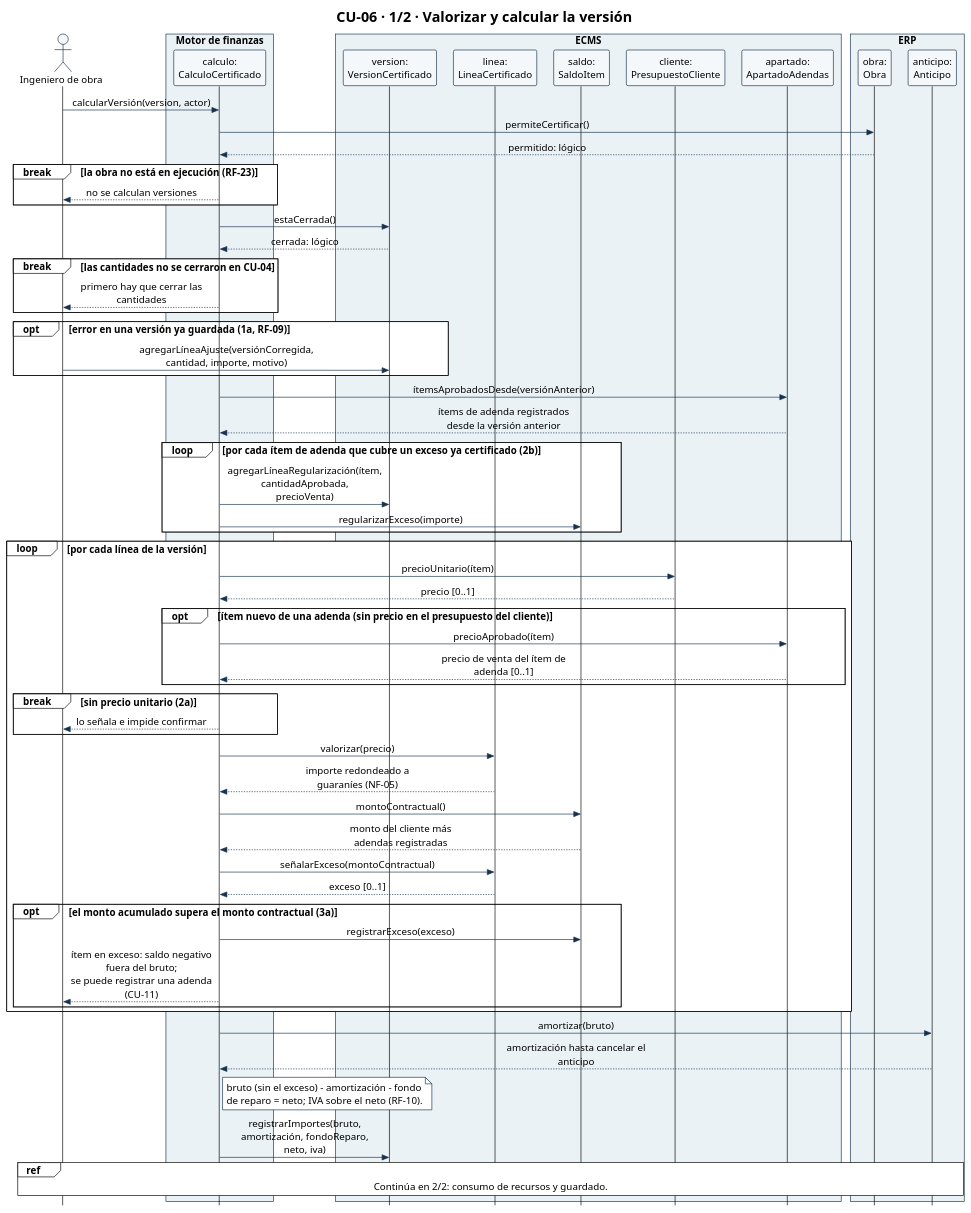
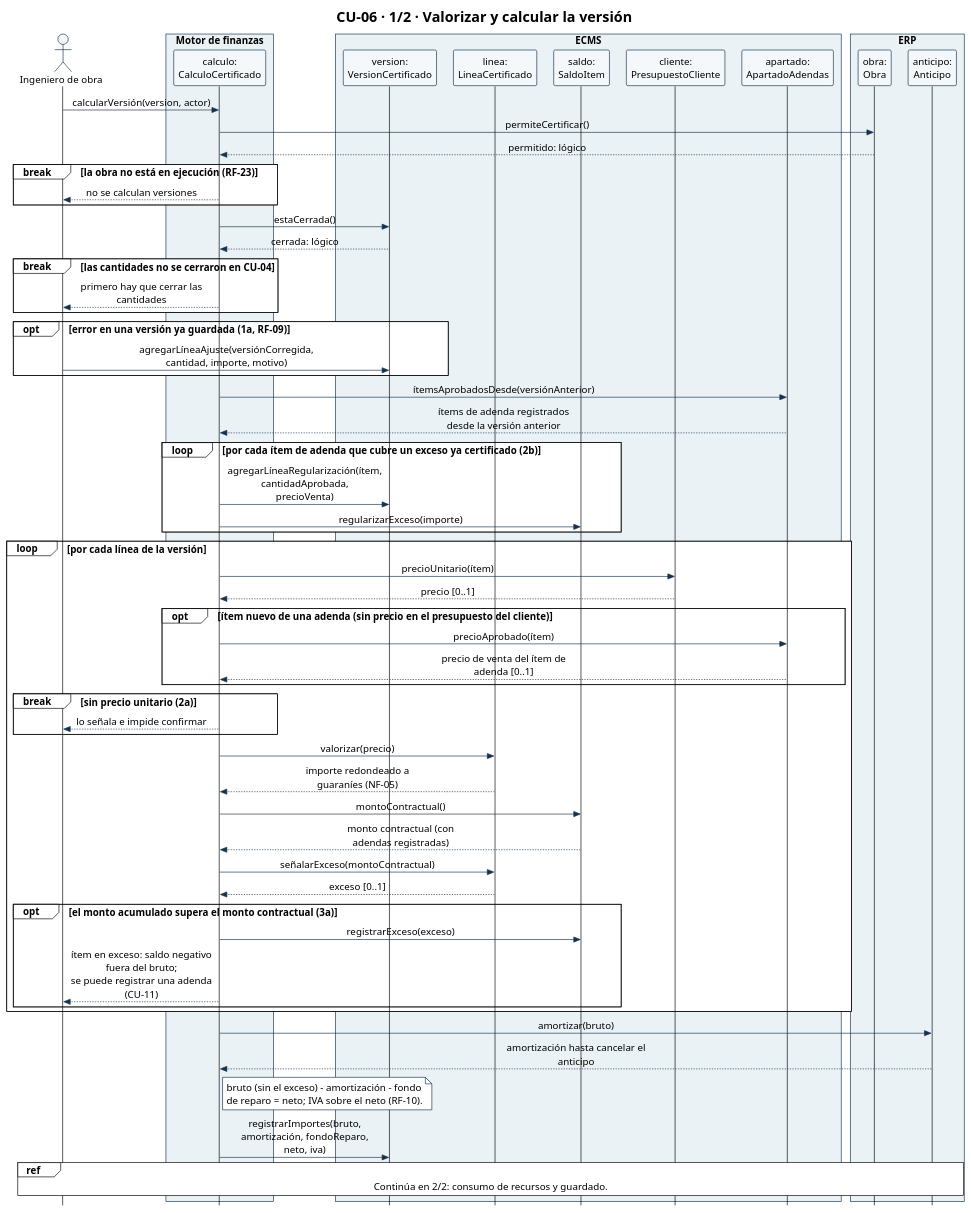
The diagram in diagramas/CU-06-secuencia-1-calculo.puml (Ssrrb/tpf-uca), drawn with PlantUML before and after one commit. The commit also changed 5 other files, not shown here.

```diff
--- a/diagramas/CU-06-secuencia-1-calculo.puml
+++ b/diagramas/CU-06-secuencia-1-calculo.puml
@@ -1,92 +1,92 @@
 @startuml
 !theme plain
 skinparam style strictuml
 skinparam shadowing false
 skinparam defaultFontName Arial
 skinparam defaultFontSize 15
 skinparam sequenceMessageAlign center
 skinparam maxMessageSize 220
 skinparam ParticipantPadding 8
 skinparam BoxPadding 6
 skinparam ParticipantBackgroundColor #F5F8FA
 skinparam ParticipantBorderColor #17324D
 skinparam ActorBorderColor #17324D
 skinparam ActorBackgroundColor #F5F8FA
 skinparam ArrowColor #17324D
 skinparam SequenceBoxBorderColor #17324D
 skinparam note {
   BackgroundColor #FFFFFF
   BorderColor #17324D
 }
 hide footbox
 title CU-06 · 1/2 · Valorizar y calcular la versión
 actor "Ingeniero de obra" as Ing
 box "Motor de finanzas" #EAF2F6
 participant "calculo:\nCalculoCertificado" as Calc
 end box
 box "ECMS" #EAF2F6
 participant "version:\nVersionCertificado" as V
 participant "linea:\nLineaCertificado" as Lin
 participant "saldo:\nSaldoItem" as Saldo
 participant "cliente:\nPresupuestoCliente" as Cli
 participant "apartado:\nApartadoAdendas" as Apa
 end box
 box "ERP" #EAF2F6
 participant "obra:\nObra" as Obra
 participant "anticipo:\nAnticipo" as Ant
 end box
 
 Ing -> Calc: calcularVersión(version, actor)
 Calc -> Obra: permiteCertificar()
 Obra --> Calc: permitido: lógico
 break la obra no está en ejecución (RF-23)
   Calc --> Ing: no se calculan versiones
 end
 Calc -> V: estaCerrada()
 V --> Calc: cerrada: lógico
 break las cantidades no se cerraron en CU-04
   Calc --> Ing: primero hay que cerrar las cantidades
 end
 opt error en una versión ya guardada (1a, RF-09)
   Ing -> V: agregarLíneaAjuste(versiónCorregida, cantidad, importe, motivo)
 end
 
 Calc -> Apa: ítemsAprobadosDesde(versiónAnterior)
 Apa --> Calc: ítems de adenda registrados desde la versión anterior
 loop por cada ítem de adenda que cubre un exceso ya certificado (2b)
   Calc -> V: agregarLíneaRegularización(ítem, cantidadAprobada, precioVenta)
   Calc -> Saldo: regularizarExceso(importe)
 end
 
 loop por cada línea de la versión
   Calc -> Cli: precioUnitario(ítem)
   Cli --> Calc: precio [0..1]
   opt ítem nuevo de una adenda (sin precio en el presupuesto del cliente)
     Calc -> Apa: precioAprobado(ítem)
     Apa --> Calc: precio de venta del ítem de adenda [0..1]
   end
   break sin precio unitario (2a)
     Calc --> Ing: lo señala e impide confirmar
   end
   Calc -> Lin: valorizar(precio)
   Lin --> Calc: importe redondeado a guaraníes (NF-05)
   Calc -> Saldo: montoContractual()
-  Saldo --> Calc: monto del cliente más adendas registradas
+  Saldo --> Calc: monto contractual (con adendas registradas)
   Calc -> Lin: señalarExceso(montoContractual)
   Lin --> Calc: exceso [0..1]
   opt el monto acumulado supera el monto contractual (3a)
     Calc -> Saldo: registrarExceso(exceso)
     Calc --> Ing: ítem en exceso: saldo negativo fuera del bruto;\nse puede registrar una adenda (CU-11)
   end
 end
 Calc -> Ant: amortizar(bruto)
 Ant --> Calc: amortización hasta cancelar el anticipo
 note right of Calc
   bruto (sin el exceso) - amortización - fondo
   de reparo = neto; IVA sobre el neto (RF-10).
 end note
 Calc -> V: registrarImportes(bruto, amortización, fondoReparo, neto, iva)
 ref over Ing, Ant
   Continúa en 2/2: consumo de recursos y guardado.
 end ref
 @enduml
```
